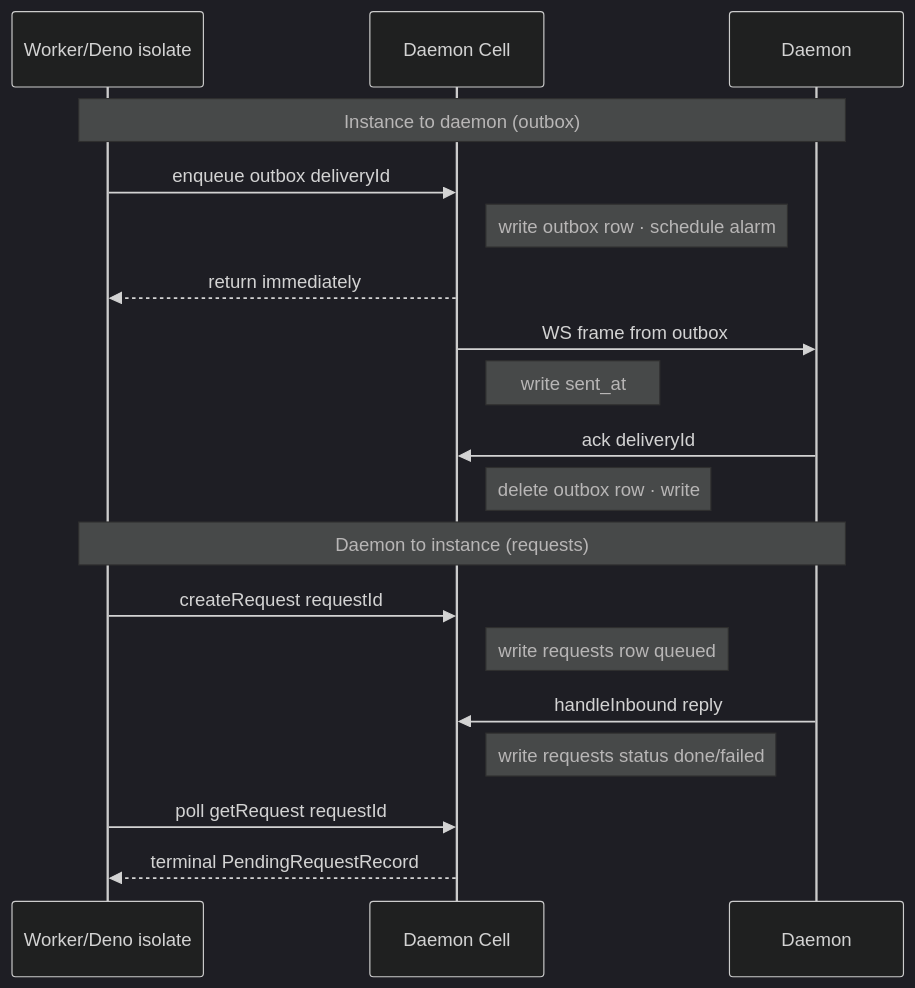
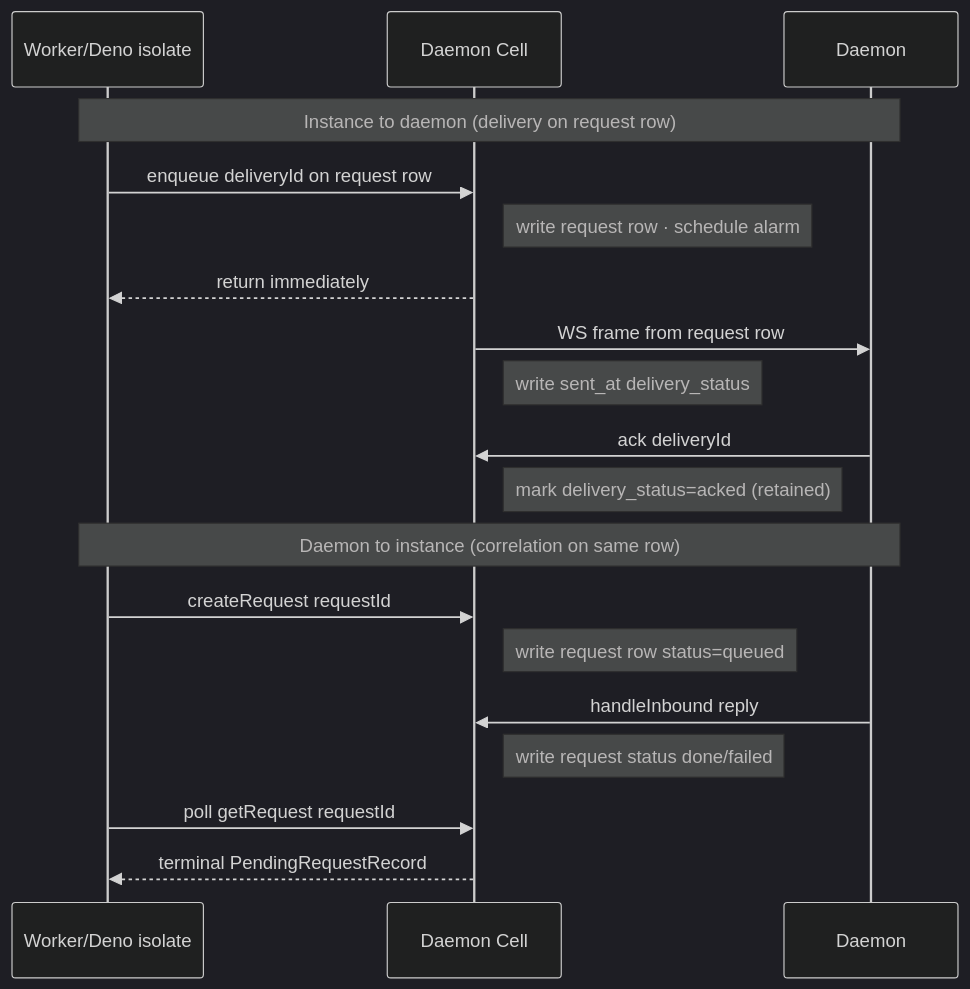
Before and after one commit to TurboPanel/website: the sixth of 8 diagrams in docs/architecture/daemon-cell.mdx, drawn with Mermaid (dark theme). The commit also changed other lines of this file, not shown here.

````diff
--- a/docs/architecture/daemon-cell.mdx
+++ b/docs/architecture/daemon-cell.mdx
@@ -352,26 +353,26 @@
 ```mermaid
 sequenceDiagram
     participant Caller as Worker/Deno isolate
     participant Cell as Daemon Cell
     participant Daemon
 
-    Note over Caller,Daemon: Instance to daemon (outbox)
+    Note over Caller,Daemon: Instance to daemon (delivery on request row)
 
-    Caller->>Cell: enqueue outbox deliveryId
-    Note right of Cell: write outbox row · schedule alarm
+    Caller->>Cell: enqueue deliveryId on request row
+    Note right of Cell: write request row · schedule alarm
     Cell-->>Caller: return immediately
 
-    Cell->>Daemon: WS frame from outbox
-    Note right of Cell: write sent_at
+    Cell->>Daemon: WS frame from request row
+    Note right of Cell: write sent_at delivery_status
     Daemon->>Cell: ack deliveryId
-    Note right of Cell: delete outbox row · write
+    Note right of Cell: mark delivery_status=acked (retained)
 
-    Note over Caller,Daemon: Daemon to instance (requests)
+    Note over Caller,Daemon: Daemon to instance (correlation on same row)
 
     Caller->>Cell: createRequest requestId
-    Note right of Cell: write requests row queued
+    Note right of Cell: write request row status=queued
     Daemon->>Cell: handleInbound reply
-    Note right of Cell: write requests status done/failed
+    Note right of Cell: write request status done/failed
     Caller->>Cell: poll getRequest requestId
     Cell-->>Caller: terminal PendingRequestRecord
 ```
````
